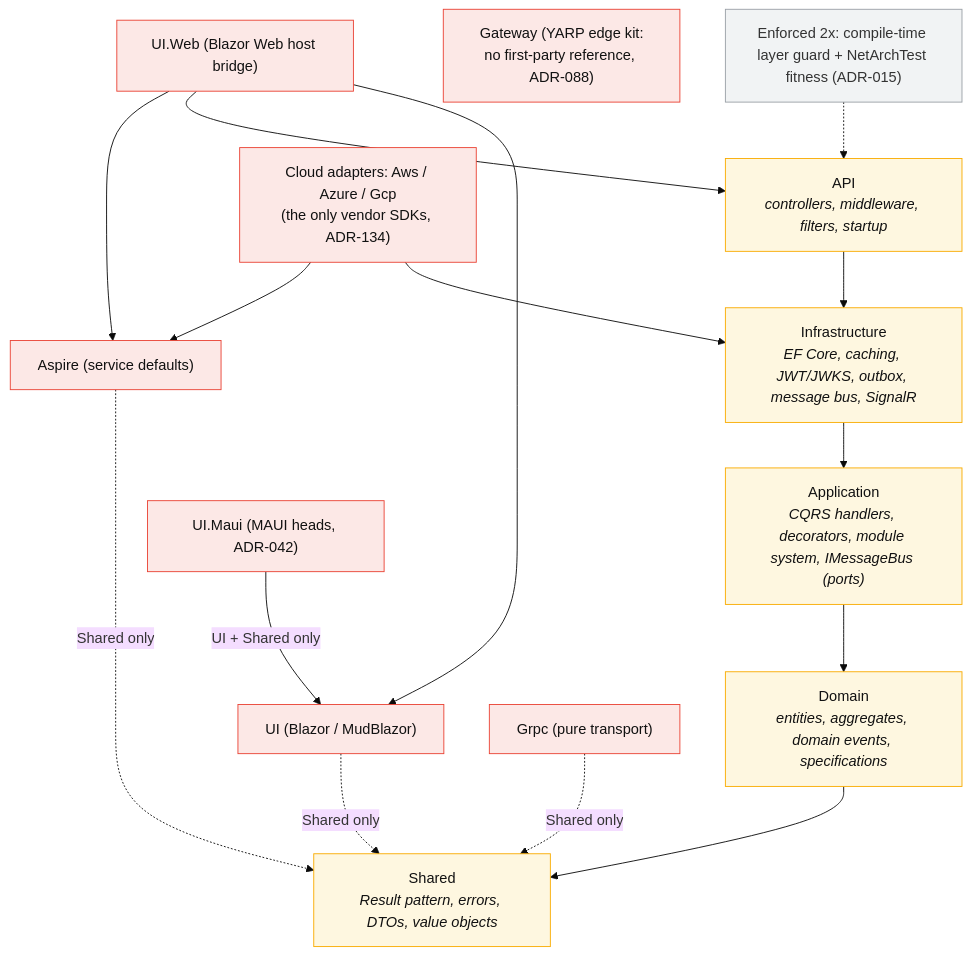
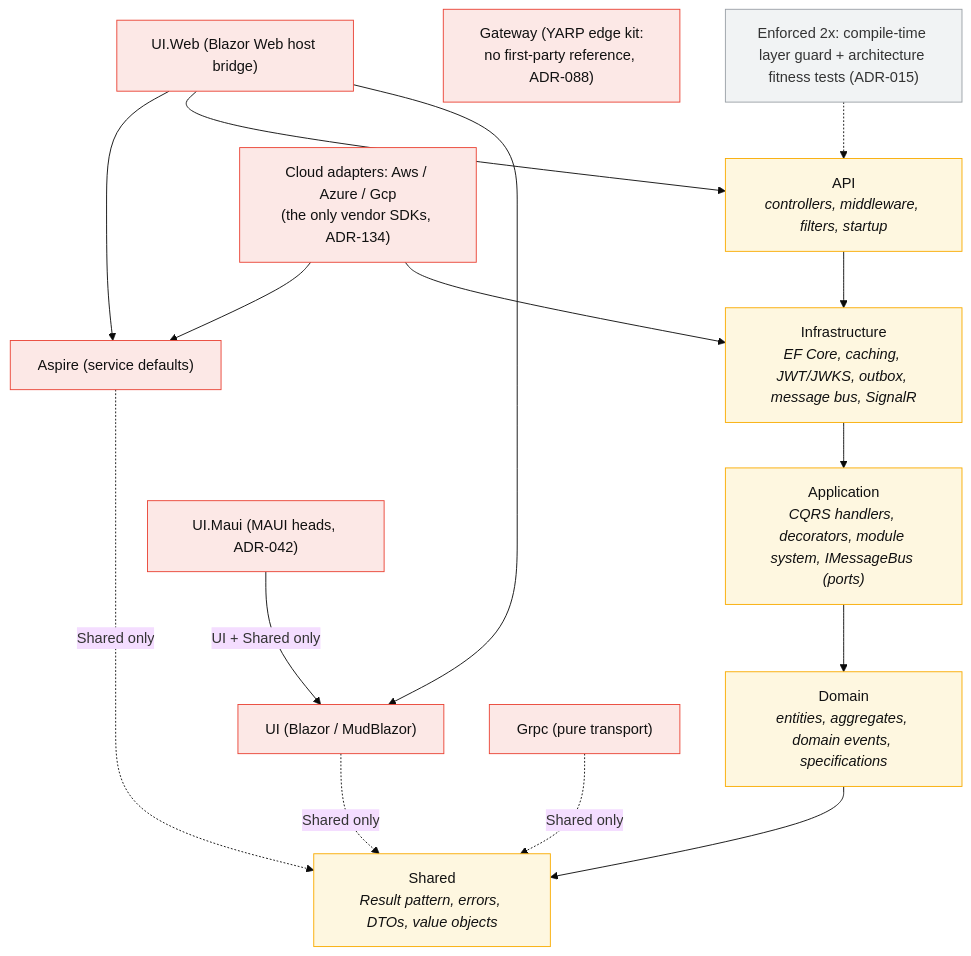
The second of 15 diagrams in docs-src/onboarding/CONCEPT-MAPS.md (ivanball/ivanball.github.io), drawn with Mermaid (base theme) before and after one commit. The commit also changed other lines of this file and 95 other files, not shown here.

````diff
--- a/docs-src/onboarding/CONCEPT-MAPS.md
+++ b/docs-src/onboarding/CONCEPT-MAPS.md
@@ -119,36 +119,36 @@
 ```mermaid
 flowchart TD
     APIL["API<br/><i>controllers, middleware, filters, startup</i>"]
     INFL["Infrastructure<br/><i>EF Core, caching, JWT/JWKS, outbox, message bus, SignalR</i>"]
     APPL["Application<br/><i>CQRS handlers, decorators, module system, IMessageBus (ports)</i>"]
     DOML["Domain<br/><i>entities, aggregates, domain events, specifications</i>"]
     SHRL["Shared<br/><i>Result pattern, errors, DTOs, value objects</i>"]
     UIL["UI (Blazor / MudBlazor)"]
     GRPCL["Grpc (pure transport)"]
     ASPL["Aspire (service defaults)"]
     UIMA["UI.Maui (MAUI heads, ADR-042)"]
     UIWB["UI.Web (Blazor Web host bridge)"]
     GWL["Gateway (YARP edge kit:<br/>no first-party reference, ADR-088)"]
     CLDL["Cloud adapters: Aws / Azure / Gcp<br/>(the only vendor SDKs, ADR-134)"]
 
     APIL --> INFL --> APPL --> DOML --> SHRL
     UIL -.->|"Shared only"| SHRL
     GRPCL -.->|"Shared only"| SHRL
     ASPL -.->|"Shared only"| SHRL
     UIMA -->|"UI + Shared only"| UIL
     UIWB --> UIL
     UIWB --> APIL
     UIWB --> ASPL
     CLDL --> INFL
     CLDL --> ASPL
 
-    ENF["Enforced 2x: compile-time layer guard + NetArchTest fitness (ADR-015)"]
+    ENF["Enforced 2x: compile-time layer guard + architecture fitness tests (ADR-015)"]
     ENF -.-> APIL
 
     classDef layer fill:#fef7e0,stroke:#f9ab00,color:#111
     classDef exc fill:#fce8e6,stroke:#ea4335,color:#111
     classDef note fill:#f1f3f4,stroke:#9aa0a6,color:#333
     class APIL,INFL,APPL,DOML,SHRL layer
     class UIL,GRPCL,ASPL,UIMA,UIWB,GWL,CLDL exc
     class ENF note
 ```
````
